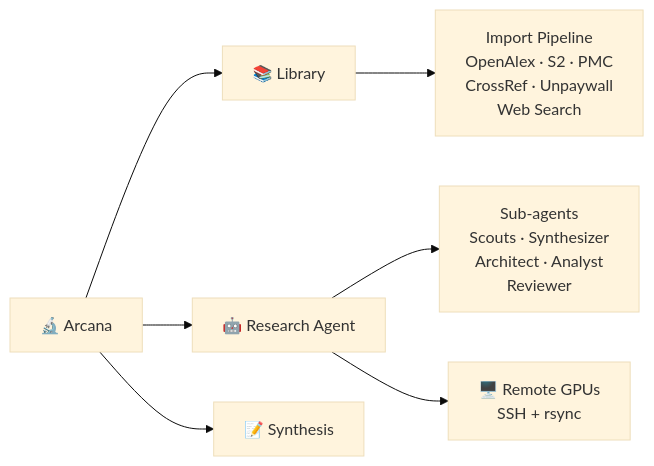
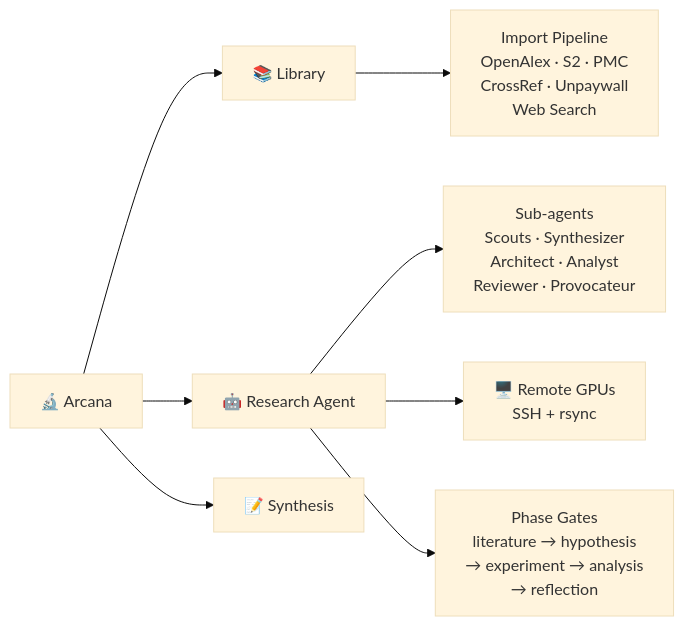
The diagram in README.md (dimalik/arcana), drawn with Mermaid (base theme) before and after one commit. The commit also changed other lines of this file and 5 other files, not shown here.

````diff
--- a/README.md
+++ b/README.md
@@ -46,19 +50,24 @@
 ```mermaid
 graph LR
     A["🔬 Arcana"] --> B["📚 Library"]
     A --> C["🤖 Research Agent"]
     A --> D["📝 Synthesis"]
 
     B --> E["Import Pipeline
     OpenAlex · S2 · PMC
     CrossRef · Unpaywall
     Web Search"]
 
     C --> F["Sub-agents
     Scouts · Synthesizer
     Architect · Analyst
-    Reviewer"]
+    Reviewer · Provocateur"]
 
     C --> G["🖥️ Remote GPUs
     SSH + rsync"]
+
+    C --> H["Phase Gates
+    literature → hypothesis
+    → experiment → analysis
+    → reflection"]
 ```
````
